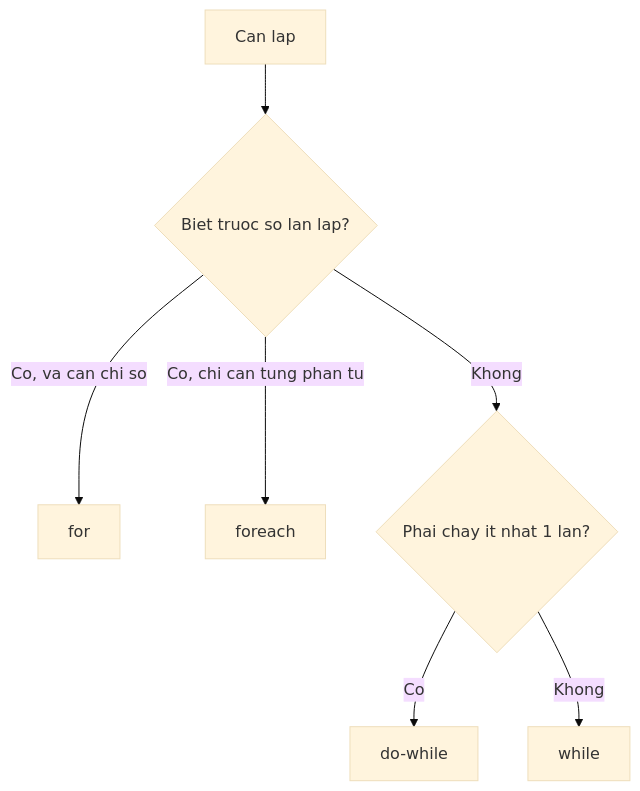
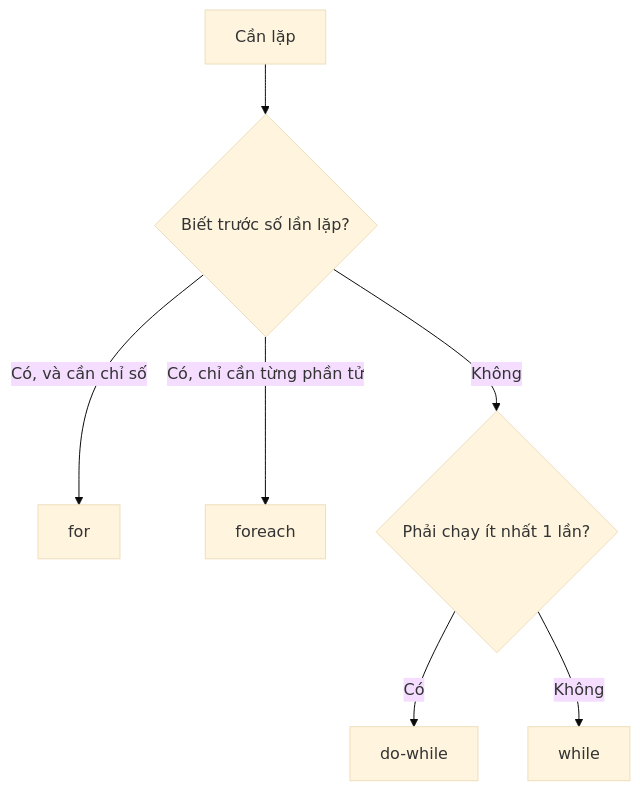
The diagram in docs/09-dotnet-backend-zero-to-senior/stage-01-foundation/module-01-programming-logic/1.3-loops.mdx (TienNHM/tiennhm.github.io), drawn with Mermaid (base theme) before and after one commit. The commit also changed 8 other files, not shown here.

First line of the commit message:
docs(dotnet): viết có dấu nhãn mermaid và chú thích ở Module 1

````diff
--- a/docs/09-dotnet-backend-zero-to-senior/stage-01-foundation/module-01-programming-logic/1.3-loops.mdx
+++ b/docs/09-dotnet-backend-zero-to-senior/stage-01-foundation/module-01-programming-logic/1.3-loops.mdx
@@ -29,9 +29,9 @@
 ```mermaid
 flowchart TD
-    A[Can lap] --> B{Biet truoc so lan lap?}
-    B -->|Co, va can chi so| C[for]
-    B -->|Co, chi can tung phan tu| D[foreach]
-    B -->|Khong| E{Phai chay it nhat 1 lan?}
-    E -->|Co| F[do-while]
-    E -->|Khong| G[while]
+    A[Cần lặp] --> B{Biết trước số lần lặp?}
+    B -->|Có, và cần chỉ số| C[for]
+    B -->|Có, chỉ cần từng phần tử| D[foreach]
+    B -->|Không| E{Phải chạy ít nhất 1 lần?}
+    E -->|Có| F[do-while]
+    E -->|Không| G[while]
 ```
````
